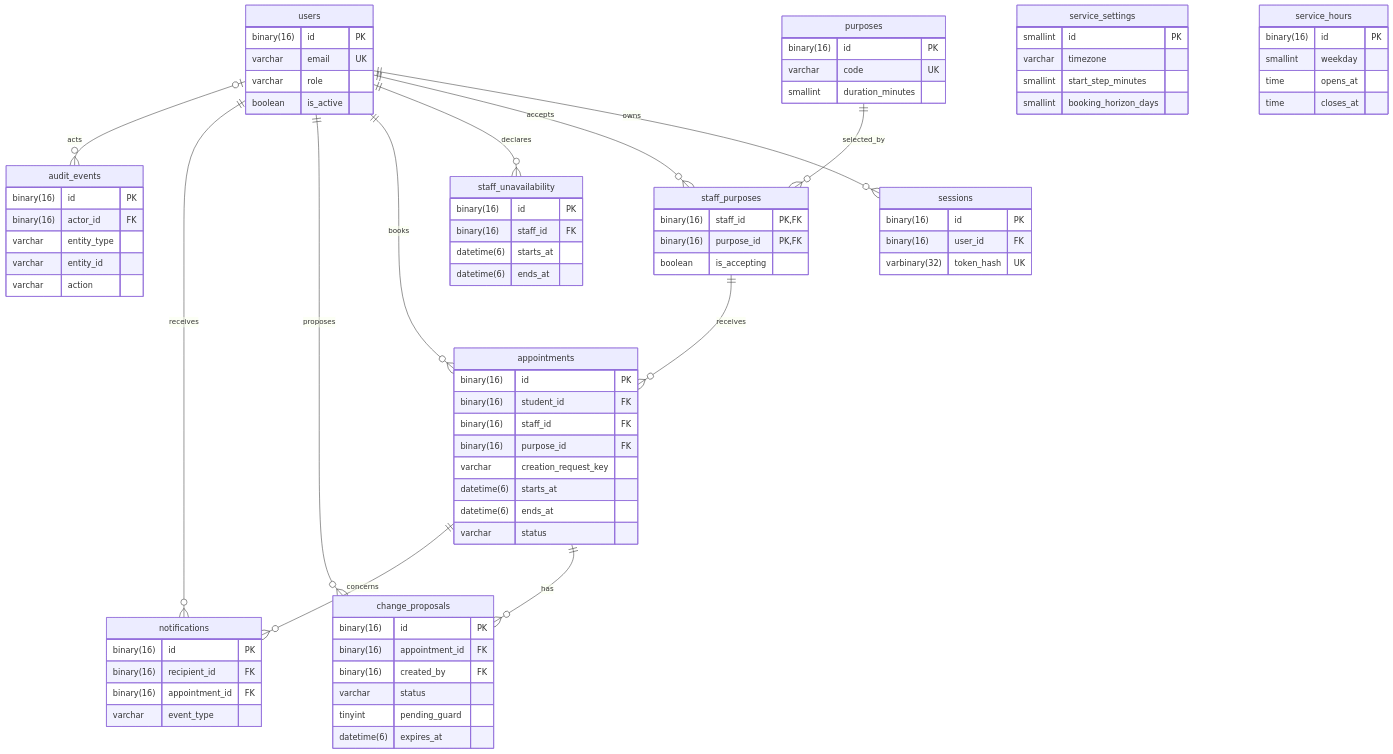
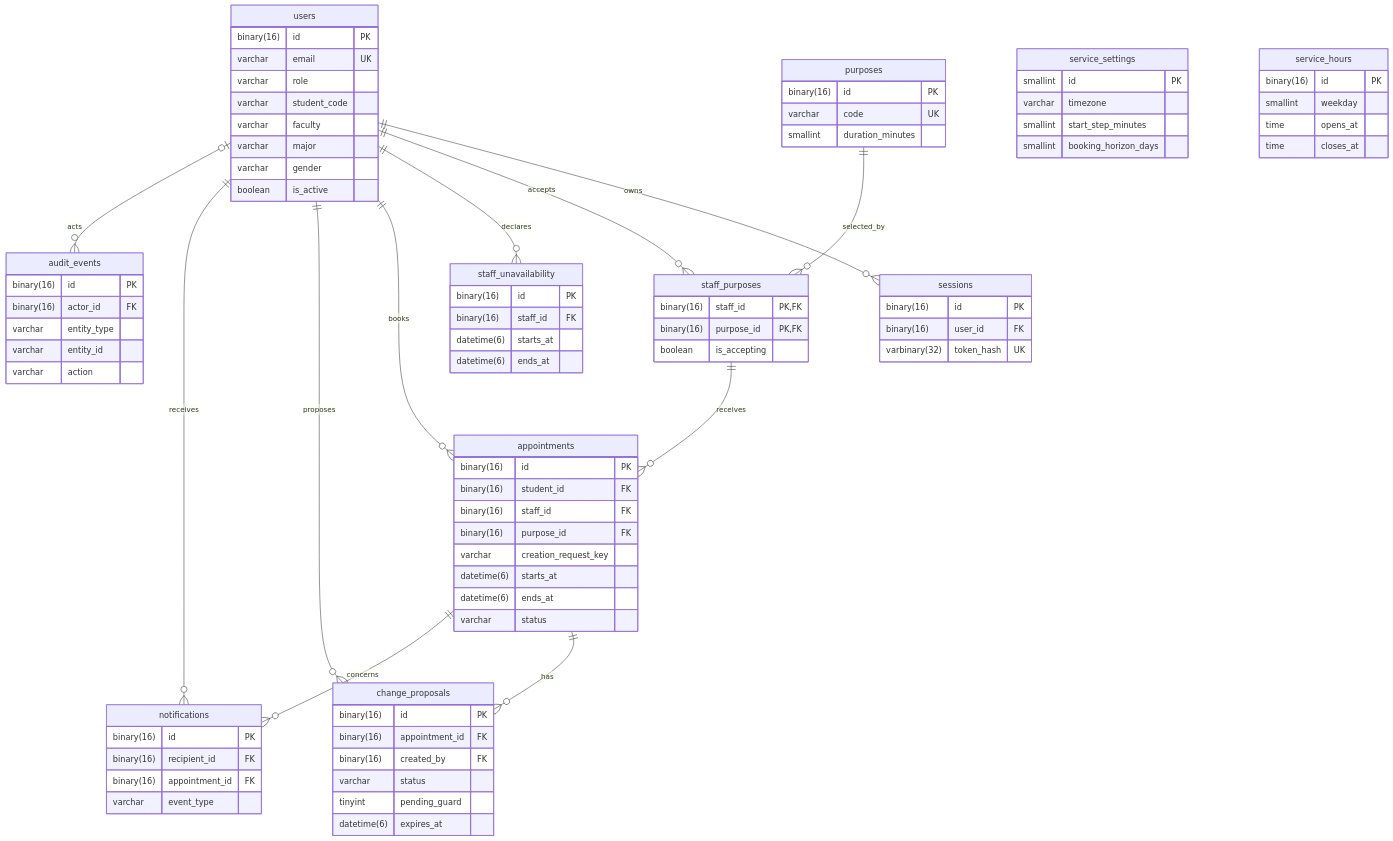
Before and after one commit to 4PMs-3Workers/Production-Readiness-Lab: the diagram in docs/architecture/database-design.md, drawn with Mermaid. The commit also changed other lines of this file and 6 other files, not shown here.

```diff
--- a/docs/architecture/database-design.md
+++ b/docs/architecture/database-design.md
@@ -58,6 +58,10 @@
         binary(16) id PK
         varchar email UK
         varchar role
+        varchar student_code
+        varchar faculty
+        varchar major
+        varchar gender
         boolean is_active
     }
     sessions {
```
